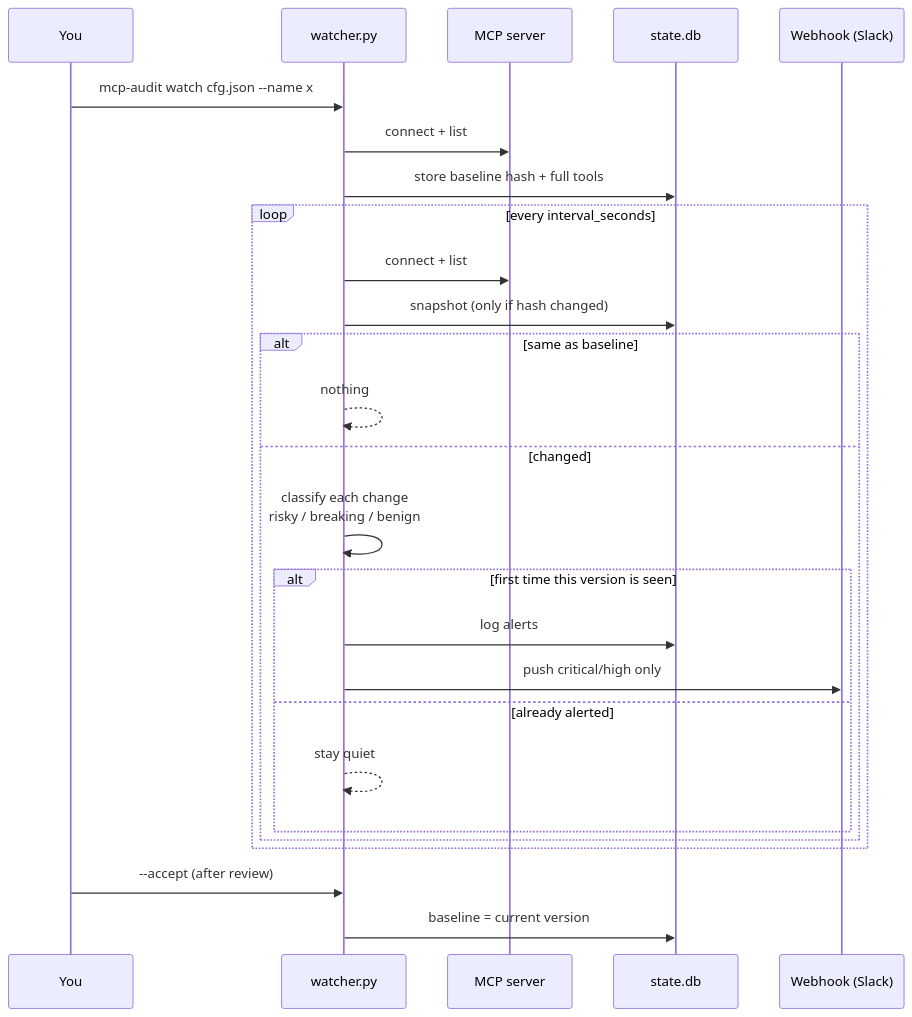
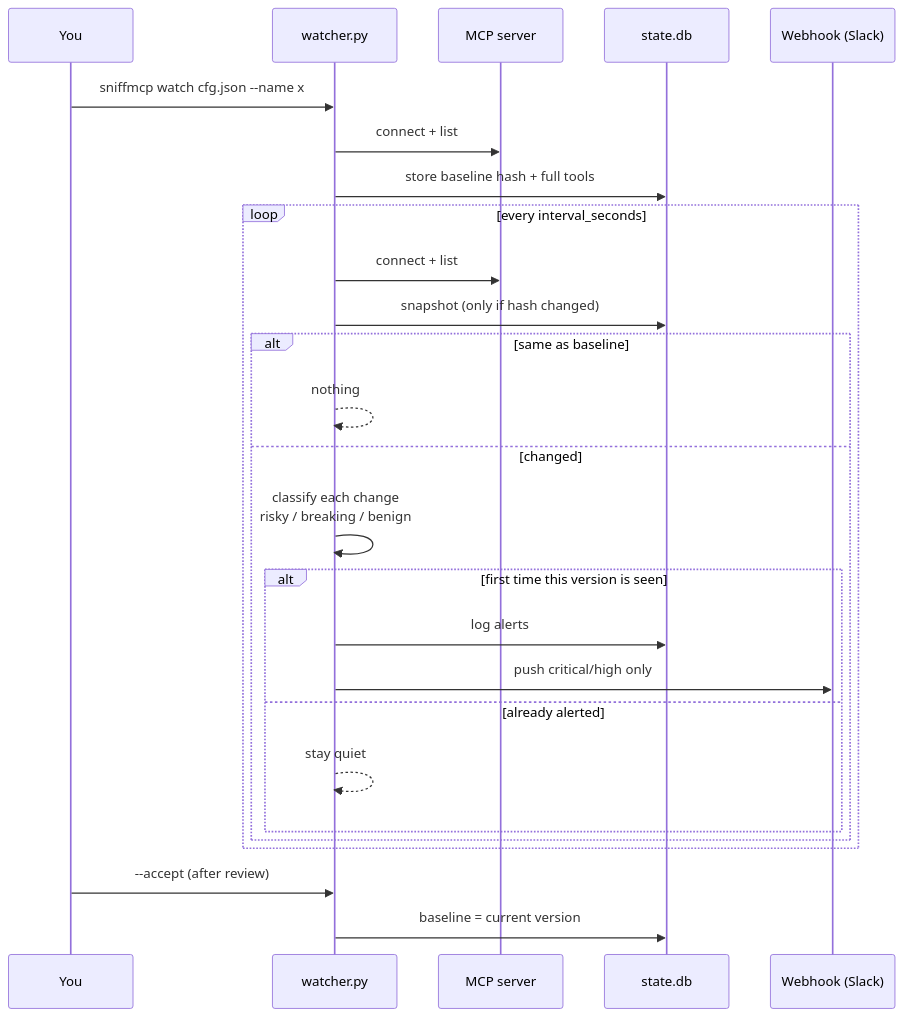
The fourth of 7 diagrams in ARCHITECTURE.md (SomehowLiving/sniffmcp), drawn with Mermaid before and after one commit. The commit also changed other lines of this file and 36 other files, not shown here.

````diff
--- a/ARCHITECTURE.md
+++ b/ARCHITECTURE.md
@@ -114,29 +114,29 @@
 ```mermaid
 sequenceDiagram
     participant U as You
     participant W as watcher.py
     participant S as MCP server
     participant DB as state.db
     participant H as Webhook (Slack)
 
-    U->>W: mcp-audit watch cfg.json --name x
+    U->>W: sniffmcp watch cfg.json --name x
     W->>S: connect + list
     W->>DB: store baseline hash + full tools
     loop every interval_seconds
         W->>S: connect + list
         W->>DB: snapshot (only if hash changed)
         alt same as baseline
             W-->>W: nothing
         else changed
             W->>W: classify each change<br/>risky / breaking / benign
             alt first time this version is seen
                 W->>DB: log alerts
                 W->>H: push critical/high only
             else already alerted
                 W-->>W: stay quiet
             end
         end
     end
     U->>W: --accept (after review)
     W->>DB: baseline = current version
 ```
````
